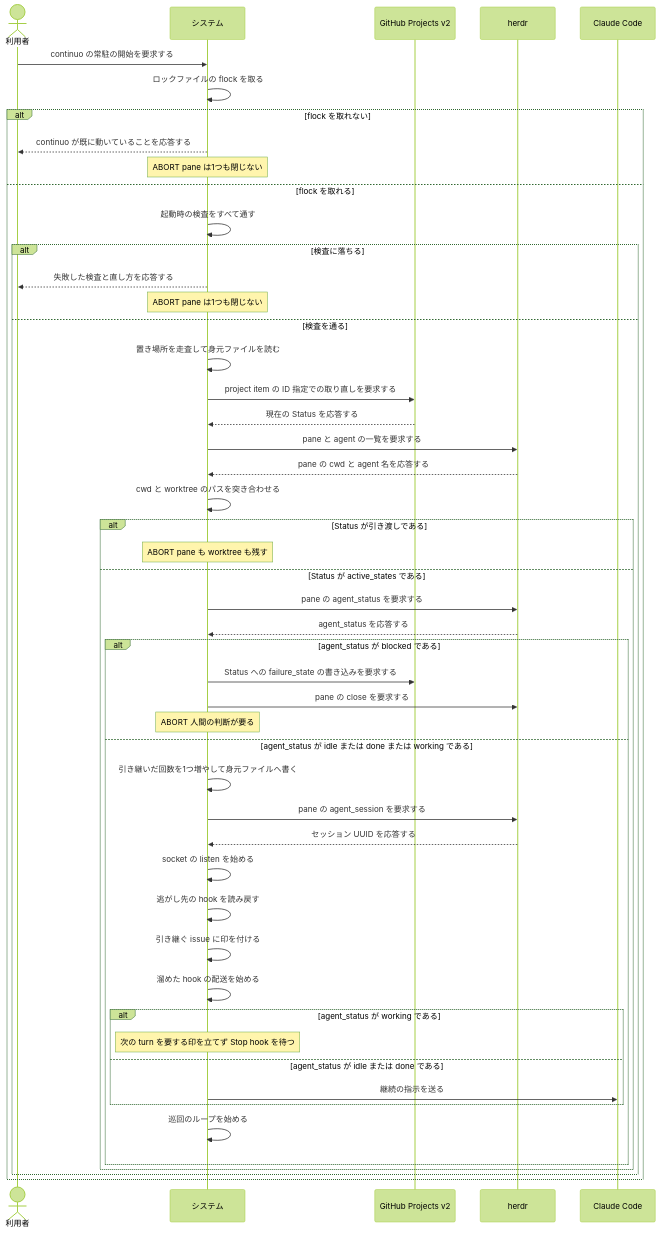
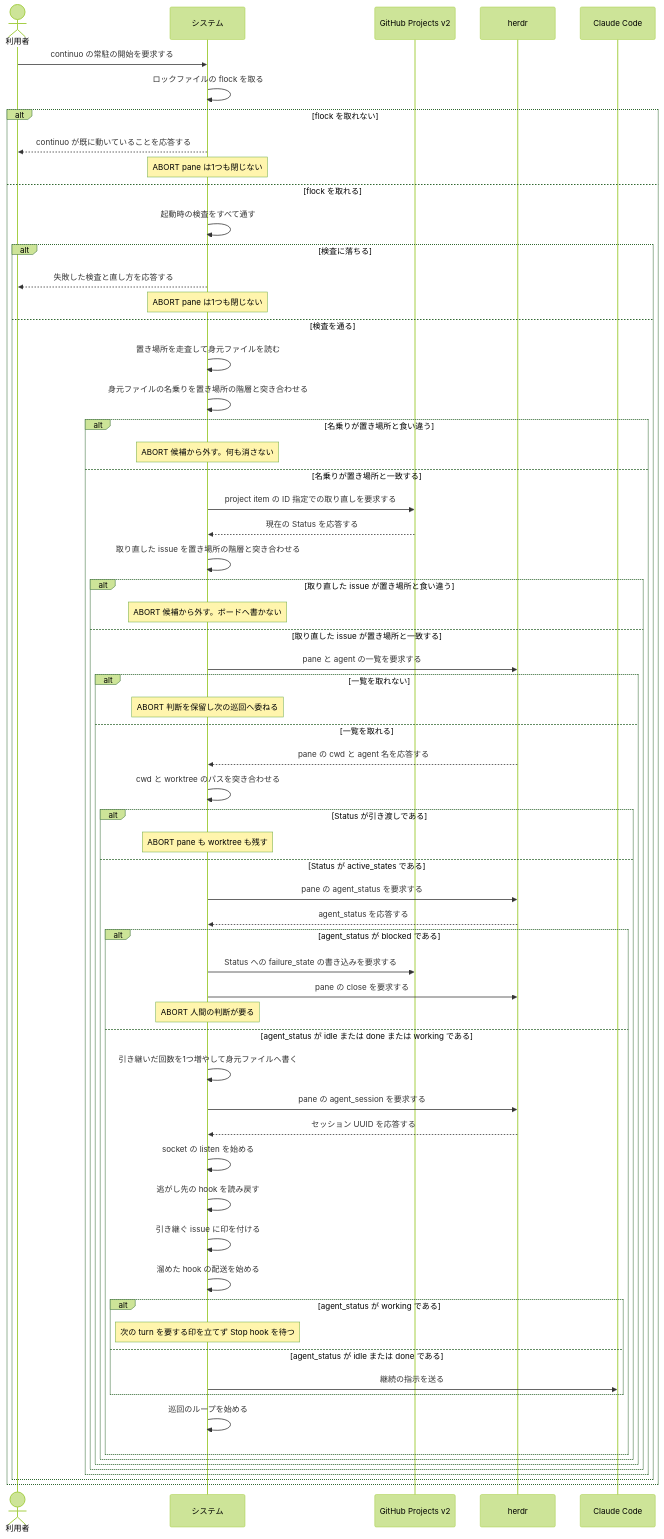
One commit to maimuzo/continuo changed the second of 2 diagrams in docs/spec/usecases/particular_case/再起動して実行中の issue を引き継ぐ.rucm.md. Above: the diagram before and after it, drawn with Mermaid (forest theme). The commit also changed other lines of this file and 24 other files, not shown here.

First line of the commit message:
着手と turn と復元の7件の指摘を直す 許可リスト・cwd での pane の照合・送信の失敗の切り分けを入れる

````diff
--- a/docs/spec/usecases/particular_case/再起動して実行中の issue を引き継ぐ.rucm.md
+++ b/docs/spec/usecases/particular_case/再起動して実行中の issue を引き継ぐ.rucm.md
@@ -249,53 +293,67 @@
 ```mermaid
 sequenceDiagram
     actor U as 利用者
     participant S as システム
     participant GH as GitHub Projects v2
     participant H as herdr
     participant CC as Claude Code
 
     U->>S: continuo の常駐の開始を要求する
     S->>S: ロックファイルの flock を取る
     alt flock を取れない
         S-->>U: continuo が既に動いていることを応答する
         Note over S: ABORT pane は1つも閉じない
     else flock を取れる
         S->>S: 起動時の検査をすべて通す
         alt 検査に落ちる
             S-->>U: 失敗した検査と直し方を応答する
             Note over S: ABORT pane は1つも閉じない
         else 検査を通る
             S->>S: 置き場所を走査して身元ファイルを読む
-            S->>GH: project item の ID 指定での取り直しを要求する
-            GH-->>S: 現在の Status を応答する
-            S->>H: pane と agent の一覧を要求する
-            H-->>S: pane の cwd と agent 名を応答する
-            S->>S: cwd と worktree のパスを突き合わせる
-            alt Status が引き渡しである
-                Note over S: ABORT pane も worktree も残す
-            else Status が active_states である
-                S->>H: pane の agent_status を要求する
-                H-->>S: agent_status を応答する
-                alt agent_status が blocked である
-                    S->>GH: Status への failure_state の書き込みを要求する
-                    S->>H: pane の close を要求する
-                    Note over S: ABORT 人間の判断が要る
-                else agent_status が idle または done または working である
-                    S->>S: 引き継いだ回数を1つ増やして身元ファイルへ書く
-                    S->>H: pane の agent_session を要求する
-                    H-->>S: セッション UUID を応答する
-                    S->>S: socket の listen を始める
-                    S->>S: 逃がし先の hook を読み戻す
-                    S->>S: 引き継ぐ issue に印を付ける
-                    S->>S: 溜めた hook の配送を始める
-                    alt agent_status が working である
-                        Note over S: 次の turn を要する印を立てず Stop hook を待つ
-                    else agent_status が idle または done である
-                        S->>CC: 継続の指示を送る
+            S->>S: 身元ファイルの名乗りを置き場所の階層と突き合わせる
+            alt 名乗りが置き場所と食い違う
+                Note over S: ABORT 候補から外す。何も消さない
+            else 名乗りが置き場所と一致する
+                S->>GH: project item の ID 指定での取り直しを要求する
+                GH-->>S: 現在の Status を応答する
+                S->>S: 取り直した issue を置き場所の階層と突き合わせる
+                alt 取り直した issue が置き場所と食い違う
+                    Note over S: ABORT 候補から外す。ボードへ書かない
+                else 取り直した issue が置き場所と一致する
+                    S->>H: pane と agent の一覧を要求する
+                    alt 一覧を取れない
+                        Note over S: ABORT 判断を保留し次の巡回へ委ねる
+                    else 一覧を取れる
+                        H-->>S: pane の cwd と agent 名を応答する
+                        S->>S: cwd と worktree のパスを突き合わせる
+                        alt Status が引き渡しである
+                            Note over S: ABORT pane も worktree も残す
+                        else Status が active_states である
+                            S->>H: pane の agent_status を要求する
+                            H-->>S: agent_status を応答する
+                            alt agent_status が blocked である
+                                S->>GH: Status への failure_state の書き込みを要求する
+                                S->>H: pane の close を要求する
+                                Note over S: ABORT 人間の判断が要る
+                            else agent_status が idle または done または working である
+                                S->>S: 引き継いだ回数を1つ増やして身元ファイルへ書く
+                                S->>H: pane の agent_session を要求する
+                                H-->>S: セッション UUID を応答する
+                                S->>S: socket の listen を始める
+                                S->>S: 逃がし先の hook を読み戻す
+                                S->>S: 引き継ぐ issue に印を付ける
+                                S->>S: 溜めた hook の配送を始める
+                                alt agent_status が working である
+                                    Note over S: 次の turn を要する印を立てず Stop hook を待つ
+                                else agent_status が idle または done である
+                                    S->>CC: 継続の指示を送る
+                                end
+                                S->>S: 巡回のループを始める
+                            end
+                        end
                     end
-                    S->>S: 巡回のループを始める
                 end
             end
         end
     end
 ```
````
